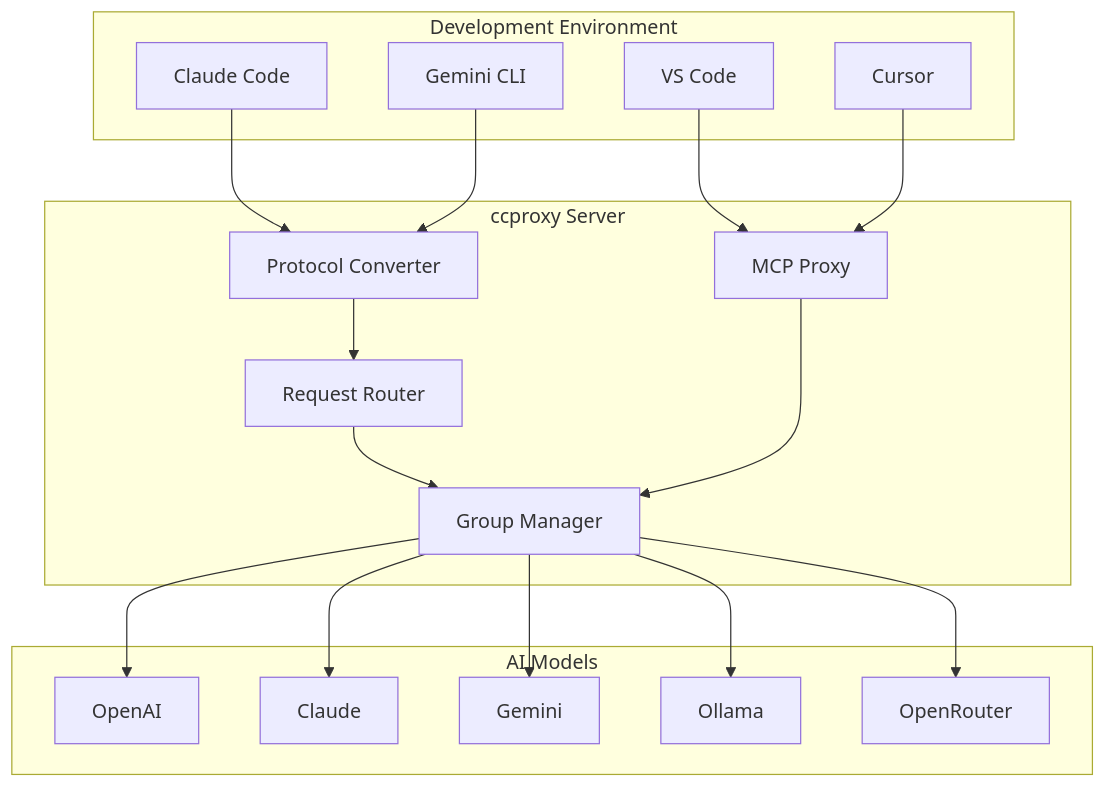
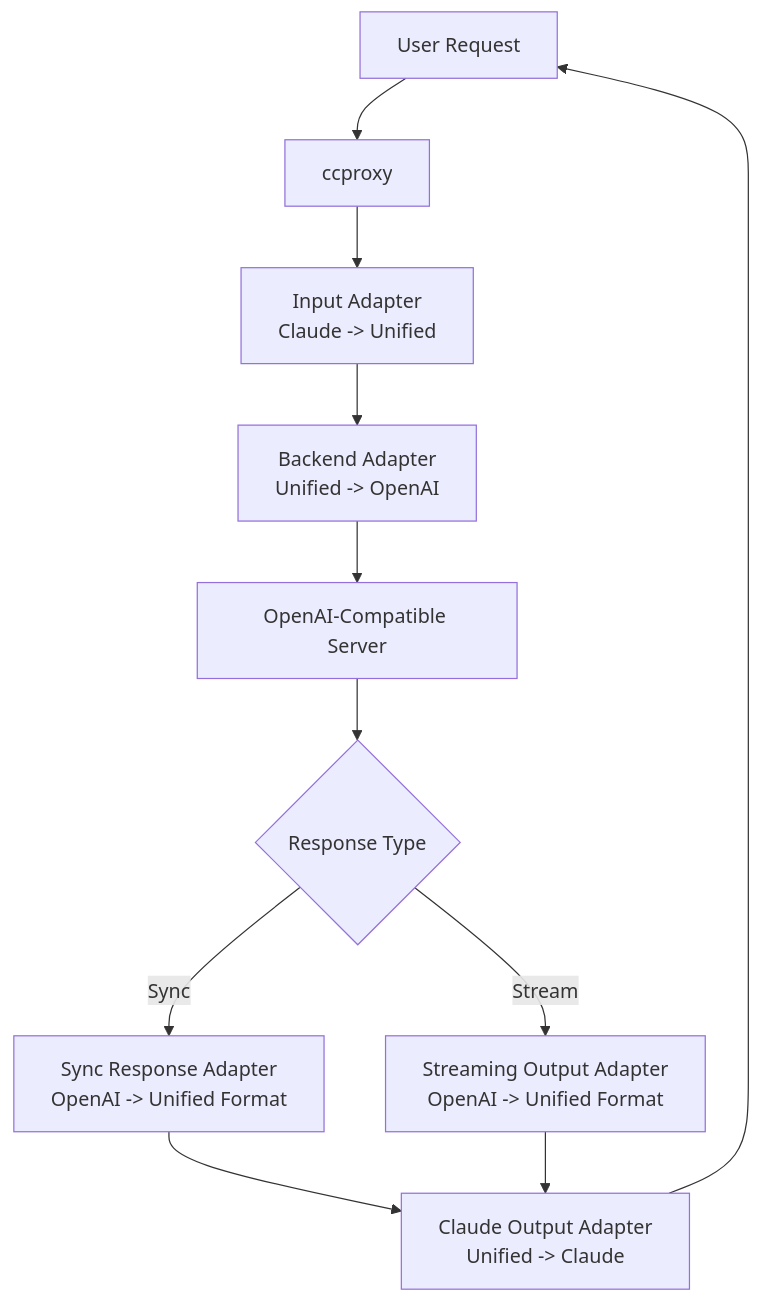
Before and after one commit to aidyou/chatspeed-docs: the diagram in docs/en/ccproxy/README.md, drawn with Mermaid. The commit also changed other lines of this file and 14 other files, not shown here.

````diff
--- a/docs/en/ccproxy/README.md
+++ b/docs/en/ccproxy/README.md
@@ -16,39 +24,13 @@
 ```mermaid
-graph TB
-    subgraph "Development Environment"
-        A[Claude Code]
-        B[Gemini CLI]
-        C[VS Code]
-        D[Cursor]
-    end
-
-    subgraph "ccproxy Server"
-        E[Protocol Converter]
-        F[Request Router]
-        G[Group Manager]
-        H[MCP Proxy]
-    end
-
-    subgraph "AI Models"
-        I[OpenAI]
-        J[Claude]
-        K[Gemini]
-        L[Ollama]
-        M[OpenRouter]
-    end
-
-    A --> E
-    B --> E
-    C --> H
-    D --> H
-
-    E --> F
-    F --> G
-    H --> G
-
-    G --> I
-    G --> J
-    G --> K
-    G --> L
-    G --> M
+graph TD
+    A[User Request] --> B[ccproxy]
+    B --> C[Input Adapter<br/>Claude -> Unified]
+    C --> D[Backend Adapter<br/>Unified -> OpenAI]
+    D --> E[OpenAI-Compatible Server]
+    E --> F{Response Type}
+    F -->|Sync| G[Sync Response Adapter<br/>OpenAI -> Unified Format]
+    F -->|Stream| H[Streaming Output Adapter<br/>OpenAI -> Unified Format]
+    G --> I[...]
+    H --> I[Claude Output Adapter<br/>Unified -> Claude]
+    I --> A
 ```
````
